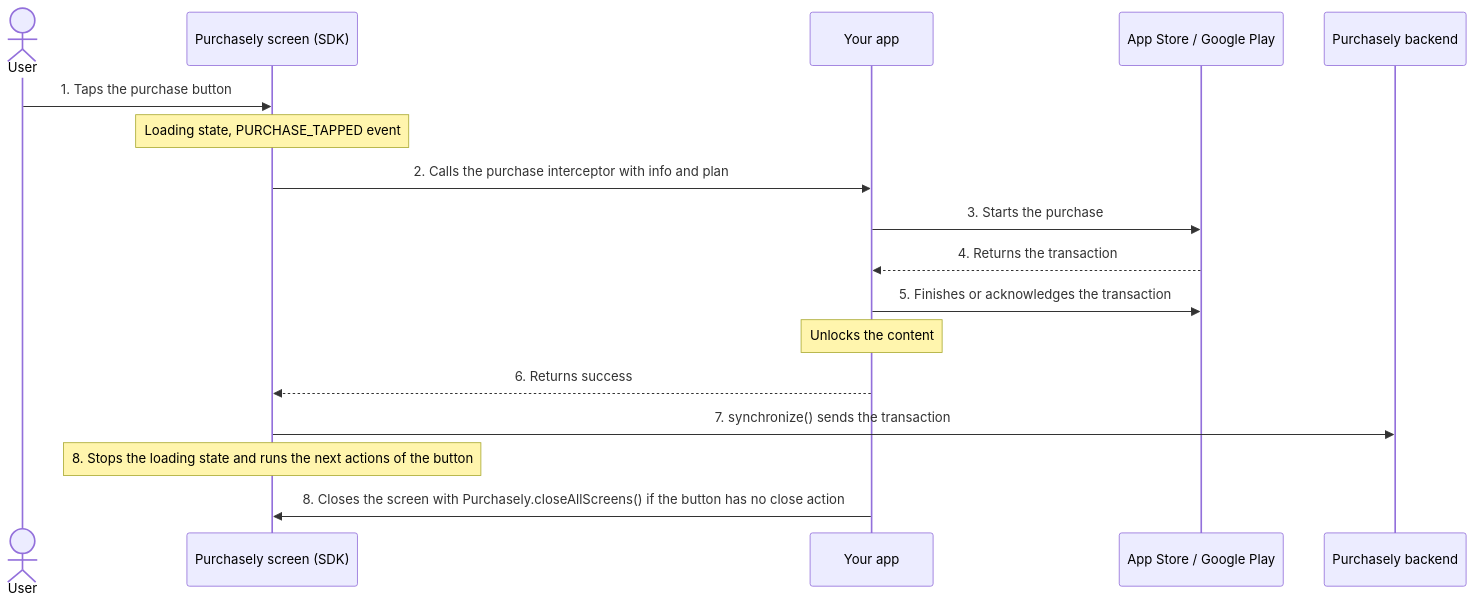
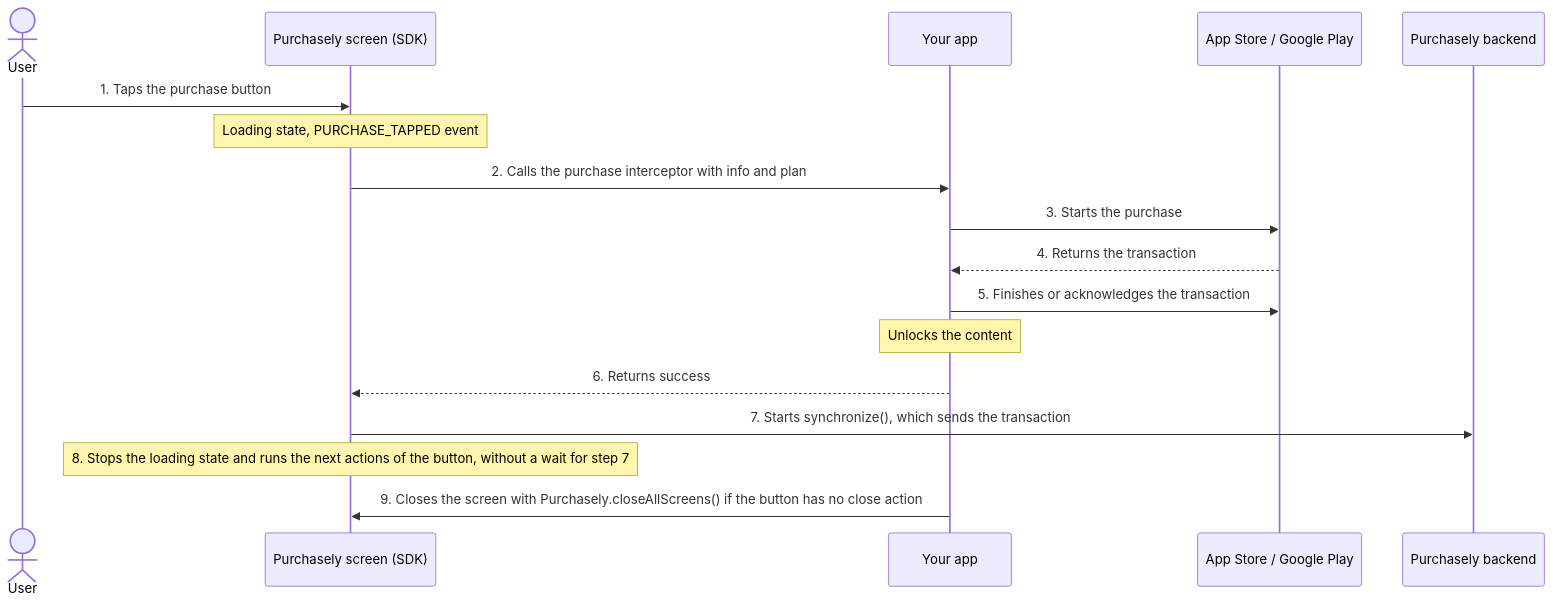
Before and after one commit to Purchasely/Documentation: the first of 2 diagrams in docs/🚀 Getting Started/sdk-quick-start/processing-transactions/process-transactions-with-paywall-action-interceptor.md, drawn with Mermaid. The commit also changed other lines of this file, not shown here.

````diff
--- a/docs/🚀 Getting Started/sdk-quick-start/processing-transactions/process-transactions-with-paywall-action-interceptor.md
+++ b/docs/🚀 Getting Started/sdk-quick-start/processing-transactions/process-transactions-with-paywall-action-interceptor.md
@@ -52,20 +53,20 @@
 ```mermaid
 sequenceDiagram
     actor User
     participant SDK as Purchasely screen (SDK)
     participant App as Your app
     participant Store as App Store / Google Play
     participant PLY as Purchasely backend
 
     User->>SDK: 1. Taps the purchase button
     Note over SDK: Loading state, PURCHASE_TAPPED event
     SDK->>App: 2. Calls the purchase interceptor with info and plan
     App->>Store: 3. Starts the purchase
     Store-->>App: 4. Returns the transaction
     App->>Store: 5. Finishes or acknowledges the transaction
     Note over App: Unlocks the content
     App-->>SDK: 6. Returns success
-    SDK->>PLY: 7. synchronize() sends the transaction
-    Note over SDK: 8. Stops the loading state and runs the next actions of the button
-    App->>SDK: 8. Closes the screen with Purchasely.closeAllScreens() if the button has no close action
+    SDK->>PLY: 7. Starts synchronize(), which sends the transaction
+    Note over SDK: 8. Stops the loading state and runs the next actions of the button, without a wait for step 7
+    App->>SDK: 9. Closes the screen with Purchasely.closeAllScreens() if the button has no close action
 ```
````
